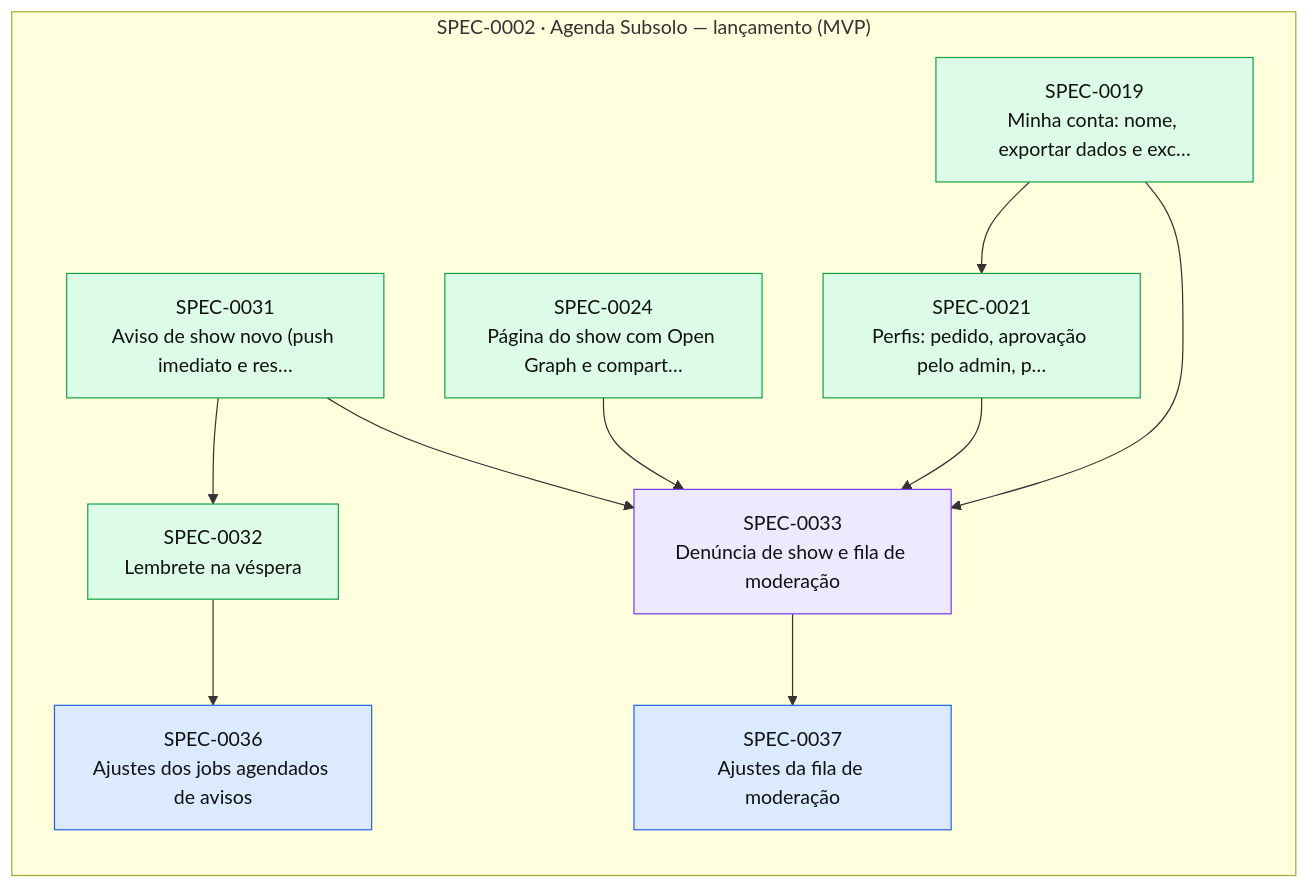
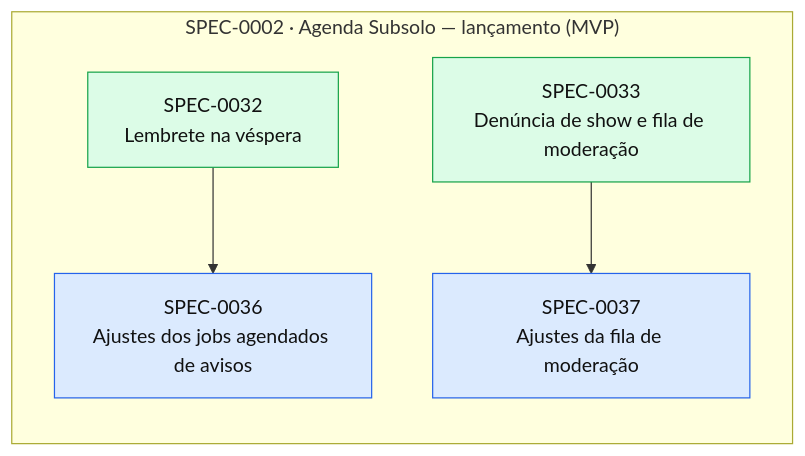
The diagram in docs/specs/INDEX.md (thomasravache/subsolo), drawn with Mermaid before and after one commit. The commit also changed other lines of this file and 3 other files, not shown here.

````diff
--- a/docs/specs/INDEX.md
+++ b/docs/specs/INDEX.md
@@ -68,26 +67,16 @@
 ```mermaid
 flowchart LR
   subgraph E0002["SPEC-0002 · Agenda Subsolo — lançamento (MVP)"]
-    S0019["SPEC-0019<br/>Minha conta: nome, exportar dados e exc…"]:::implemented
-    S0021["SPEC-0021<br/>Perfis: pedido, aprovação pelo admin, p…"]:::implemented
-    S0024["SPEC-0024<br/>Página do show com Open Graph e compart…"]:::implemented
-    S0031["SPEC-0031<br/>Aviso de show novo (push imediato e res…"]:::implemented
     S0032["SPEC-0032<br/>Lembrete na véspera"]:::implemented
-    S0033["SPEC-0033<br/>Denúncia de show e fila de moderação"]:::inprogress
+    S0033["SPEC-0033<br/>Denúncia de show e fila de moderação"]:::implemented
     S0036["SPEC-0036<br/>Ajustes dos jobs agendados de avisos"]:::approved
     S0037["SPEC-0037<br/>Ajustes da fila de moderação"]:::approved
   end
-  S0019 --> S0021
-  S0031 --> S0032
-  S0019 --> S0033
-  S0021 --> S0033
-  S0024 --> S0033
-  S0031 --> S0033
   S0032 --> S0036
   S0033 --> S0037
   classDef proposed fill:#fef3c7,stroke:#d97706,color:#111
   classDef approved fill:#dbeafe,stroke:#2563eb,color:#111
   classDef inprogress fill:#ede9fe,stroke:#7c3aed,color:#111
   classDef implemented fill:#dcfce7,stroke:#16a34a,color:#111
   classDef deprecated fill:#f3f4f6,stroke:#9ca3af,color:#6b7280
 ```
````
